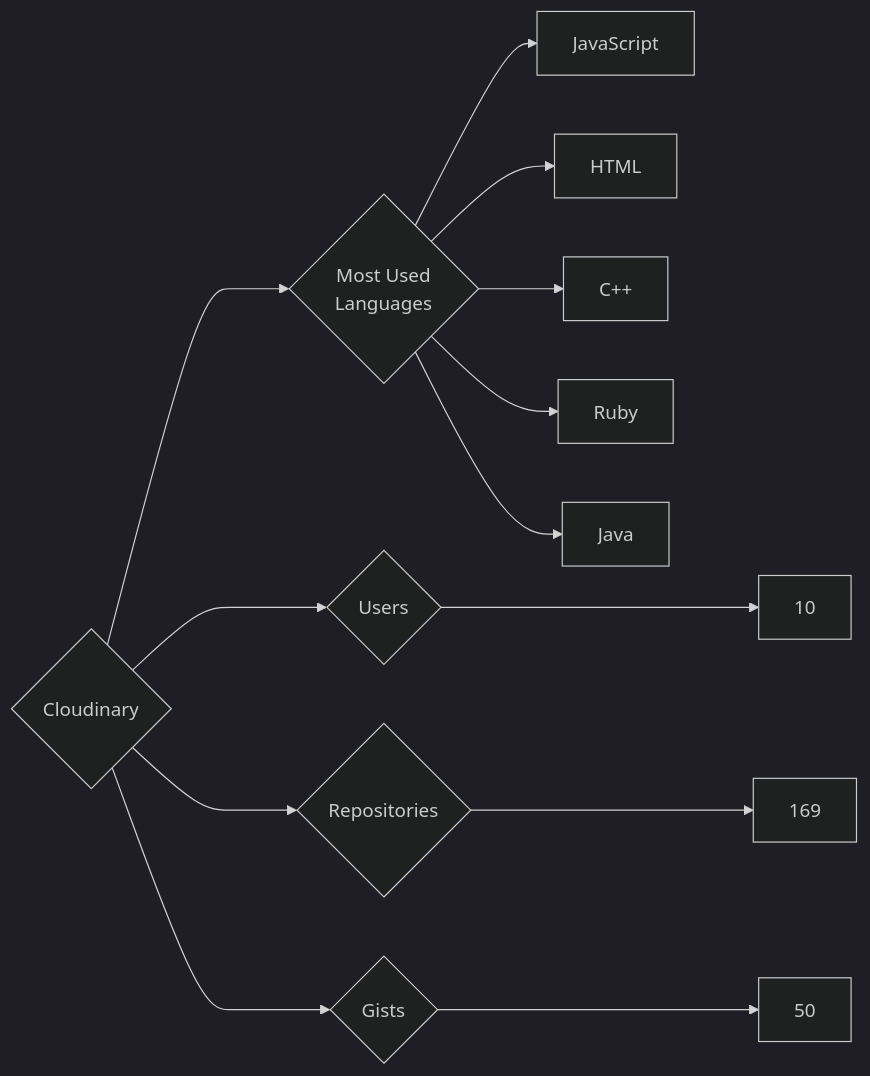
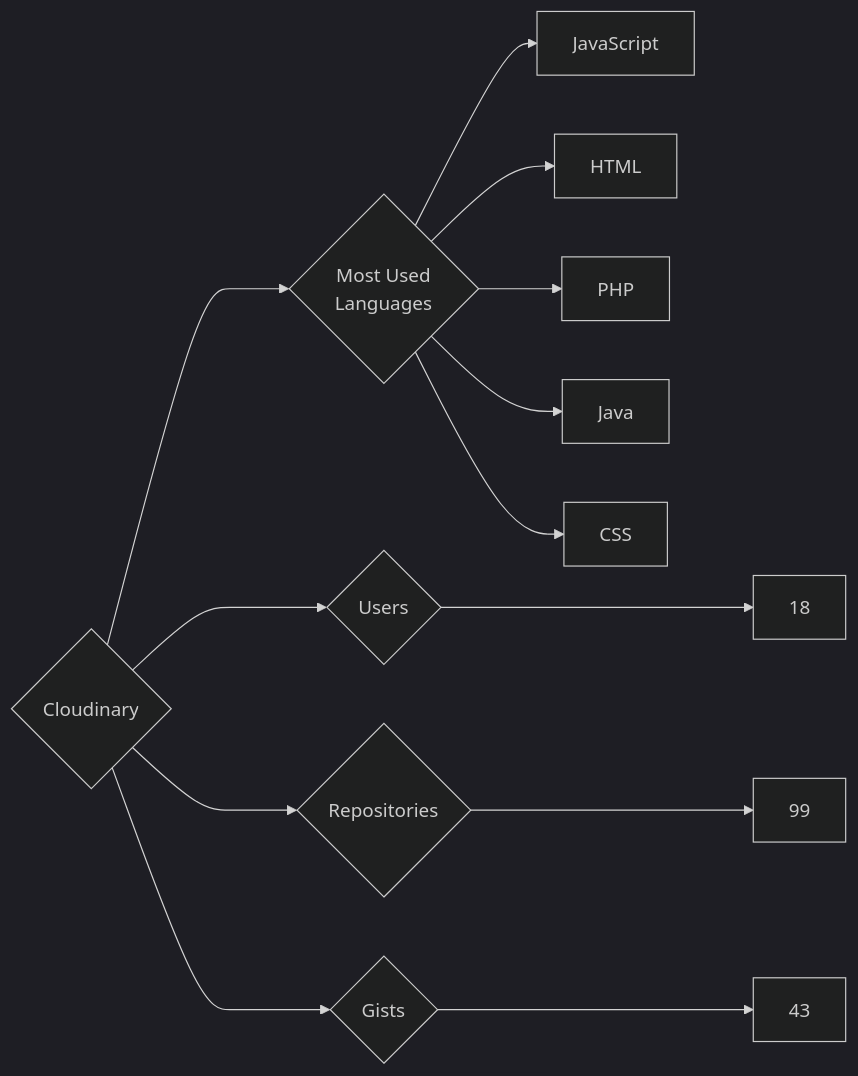
One commit to trickest/insiders changed the diagram in targets/Cloudinary/README.md. Above: the diagram before and after it, drawn with Mermaid (dark theme). The commit also changed 912 other files, not shown here.

````diff
--- a/targets/Cloudinary/README.md
+++ b/targets/Cloudinary/README.md
@@ -3,13 +3,13 @@
 ```mermaid
 graph LR
 COMPANY_NAME{Cloudinary}
-COMPANY_NAME ---> U{Users} ---> UN[10]
-COMPANY_NAME ---> R{Repositories} ---> RN[169]
-COMPANY_NAME ---> G{Gists} ---> GN[50]
+COMPANY_NAME ---> U{Users} ---> UN[18]
+COMPANY_NAME ---> R{Repositories} ---> RN[99]
+COMPANY_NAME ---> G{Gists} ---> GN[43]
 COMPANY_NAME ---> ML{Most Used<br>Languages}
 ML --> JavaScript[JavaScript]
 ML --> HTML[HTML]
-ML --> C++[C++]
-ML --> Ruby[Ruby]
+ML --> PHP[PHP]
 ML --> Java[Java]
+ML --> CSS[CSS]
 ```
````
